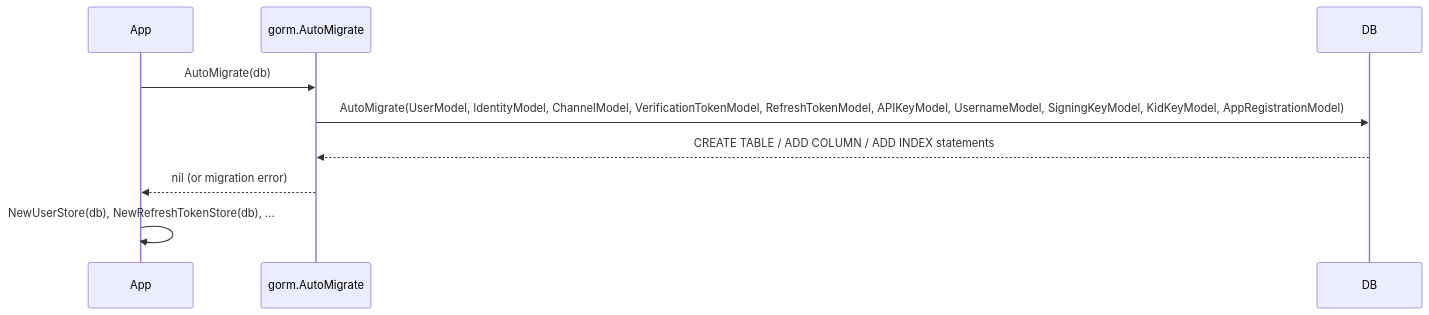
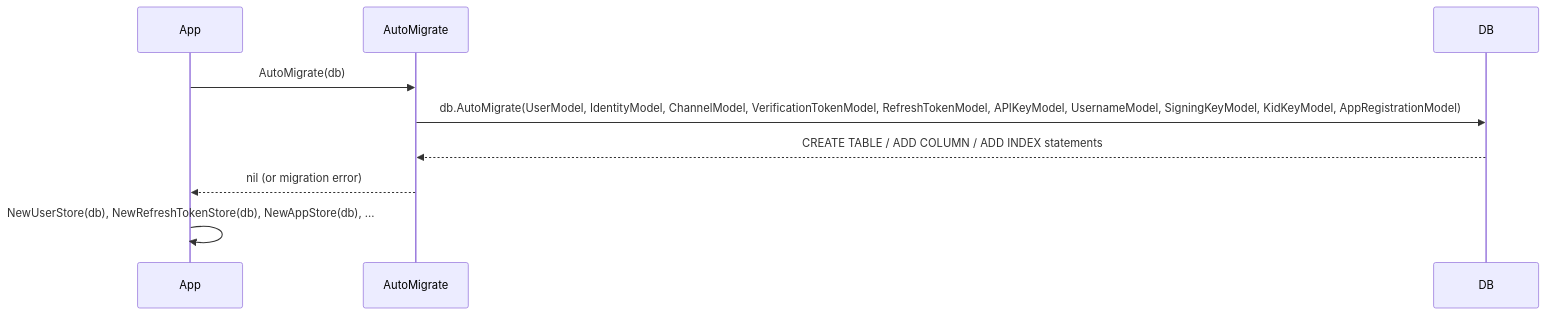
Before and after one commit to panyam/oneauth: the first of 5 diagrams in stores/gorm/DESIGN.md, drawn with Mermaid. The commit also changed other lines of this file and 38 other files, not shown here.

````diff
--- a/stores/gorm/DESIGN.md
+++ b/stores/gorm/DESIGN.md
@@ -54,11 +56,11 @@
 ```mermaid
 sequenceDiagram
     participant App
-    participant gorm.AutoMigrate
+    participant AutoMigrate
     participant DB
-    App->>gorm.AutoMigrate: AutoMigrate(db)
-    gorm.AutoMigrate->>DB: AutoMigrate(UserModel, IdentityModel, ChannelModel, VerificationTokenModel, RefreshTokenModel, APIKeyModel, UsernameModel, SigningKeyModel, KidKeyModel, AppRegistrationModel)
-    DB-->>gorm.AutoMigrate: CREATE TABLE / ADD COLUMN / ADD INDEX statements
-    gorm.AutoMigrate-->>App: nil (or migration error)
-    App->>App: NewUserStore(db), NewRefreshTokenStore(db), ...
+    App->>AutoMigrate: AutoMigrate(db)
+    AutoMigrate->>DB: db.AutoMigrate(UserModel, IdentityModel, ChannelModel, VerificationTokenModel, RefreshTokenModel, APIKeyModel, UsernameModel, SigningKeyModel, KidKeyModel, AppRegistrationModel)
+    DB-->>AutoMigrate: CREATE TABLE / ADD COLUMN / ADD INDEX statements
+    AutoMigrate-->>App: nil (or migration error)
+    App->>App: NewUserStore(db), NewRefreshTokenStore(db), NewAppStore(db), ...
 ```
````
